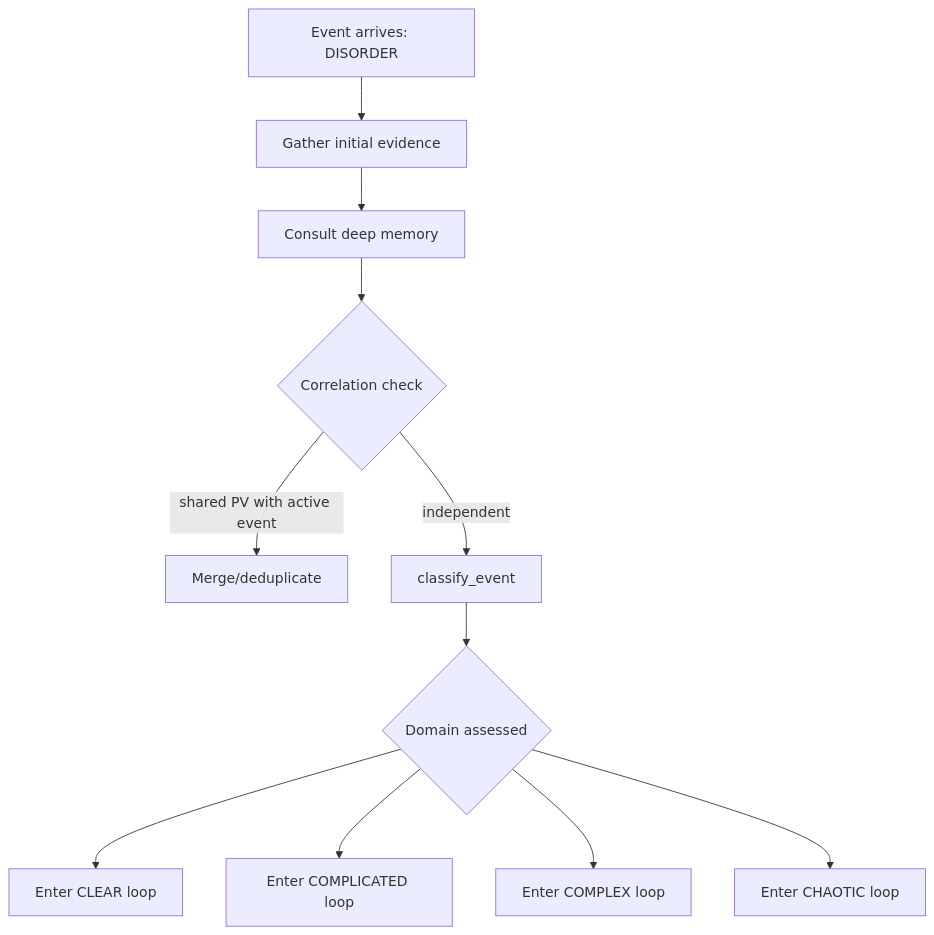
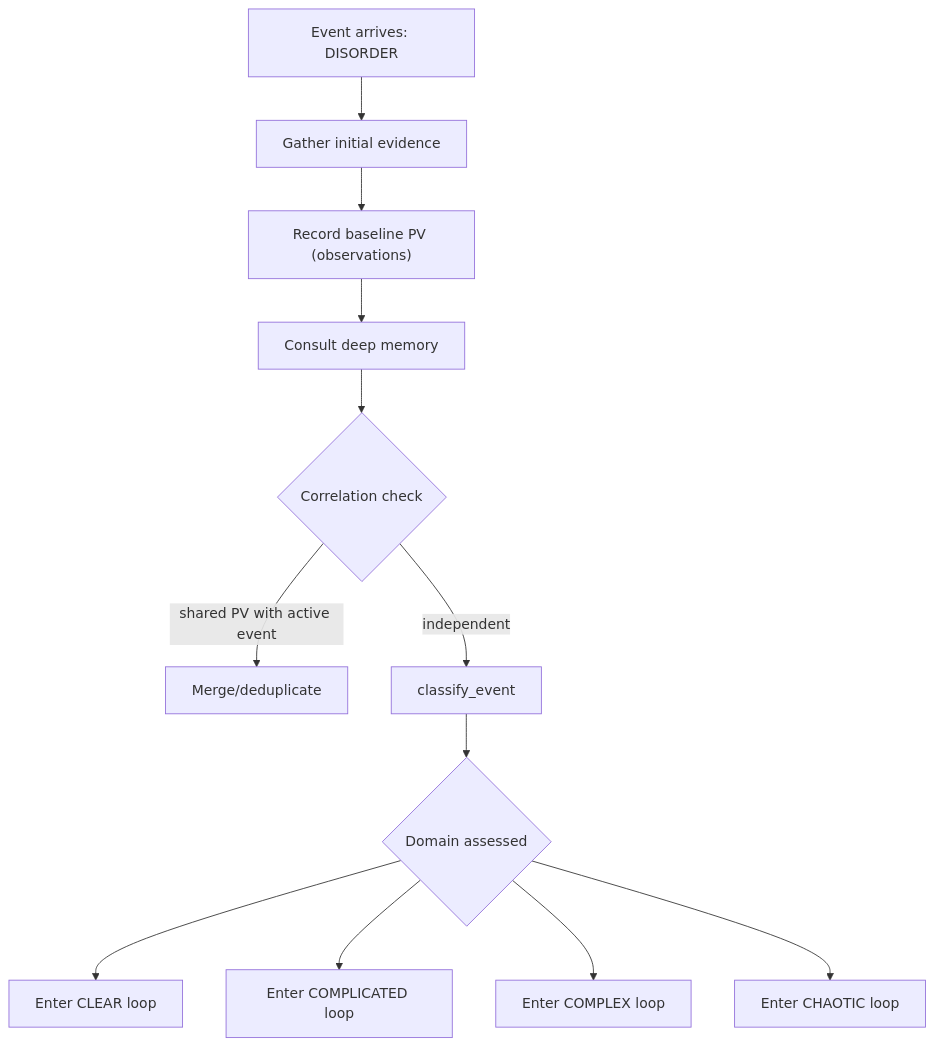
Before and after one commit to The-Darwin-Project/Blackboard: the first of 2 diagrams in src/agents/brain_skills/always/03-control-theory.md, drawn with Mermaid. The commit also changed other lines of this file and 9 other files, not shown here.

````diff
--- a/src/agents/brain_skills/always/03-control-theory.md
+++ b/src/agents/brain_skills/always/03-control-theory.md
@@ -14,13 +14,14 @@
 ```mermaid
 graph TD
     Arrive["Event arrives: DISORDER"] --> Evidence["Gather initial evidence"]
-    Evidence --> DeepMem["Consult deep memory"]
+    Evidence --> Baseline["Record baseline PV (observations)"]
+    Baseline --> DeepMem["Consult deep memory"]
     DeepMem --> Correlate{"Correlation check"}
     Correlate -->|"shared PV with active event"| Merge["Merge/deduplicate"]
     Correlate -->|"independent"| Classify["classify_event"]
     Classify --> DomainGate{"Domain assessed"}
     DomainGate --> ClearLoop["Enter CLEAR loop"]
     DomainGate --> ComplicatedLoop["Enter COMPLICATED loop"]
     DomainGate --> ComplexLoop["Enter COMPLEX loop"]
     DomainGate --> ChaoticLoop["Enter CHAOTIC loop"]
 ```
````
